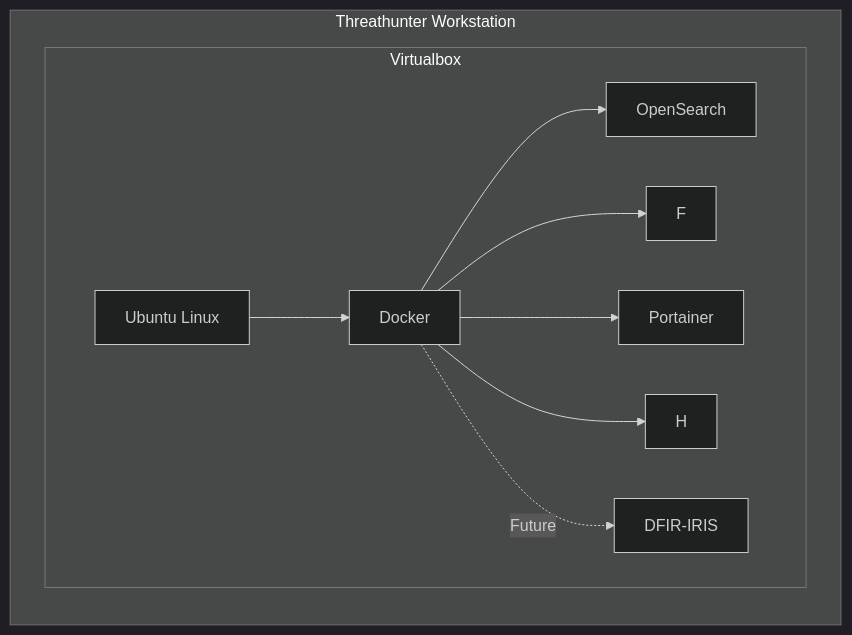
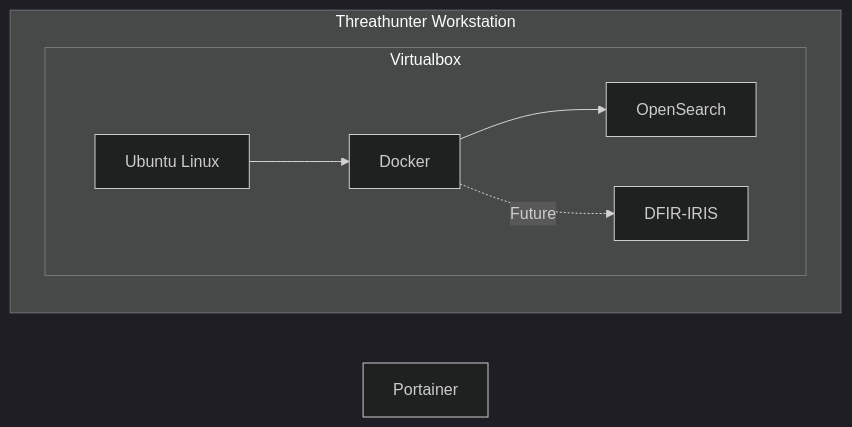
One commit to rjohnsen/threathunting-workstation changed the diagram in README.md. Above: the diagram before and after it, drawn with Mermaid (dark theme).

````diff
--- a/README.md
+++ b/README.md
@@ -48,20 +48,17 @@
 ```mermaid
 flowchart LR
  B[Virtualbox]
  C[Ubuntu Linux]
  D[Docker]
  E[OpenSearch]
  G[Portainer]
  I[DFIR-IRIS]
 
  subgraph A[Threathunter Workstation]
     subgraph B[Virtualbox]
         C-->D
         D-->E
-        D-->F
-        D-->G
-        D-->H
         D-. Future .->I
     end
  end
  ```
````
